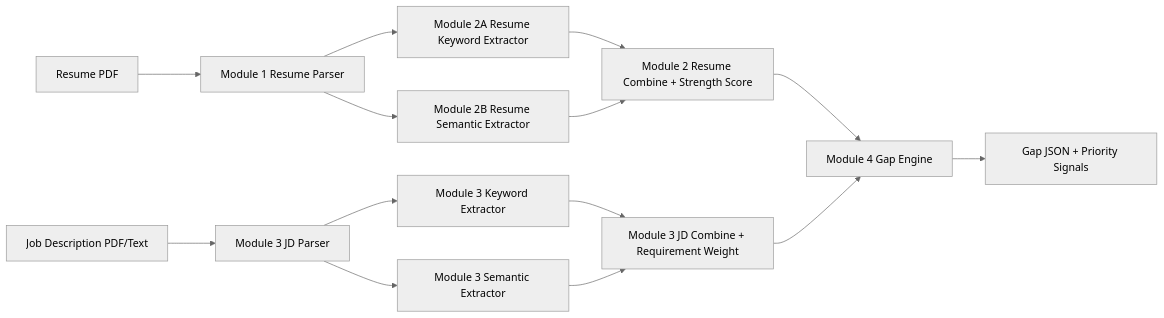
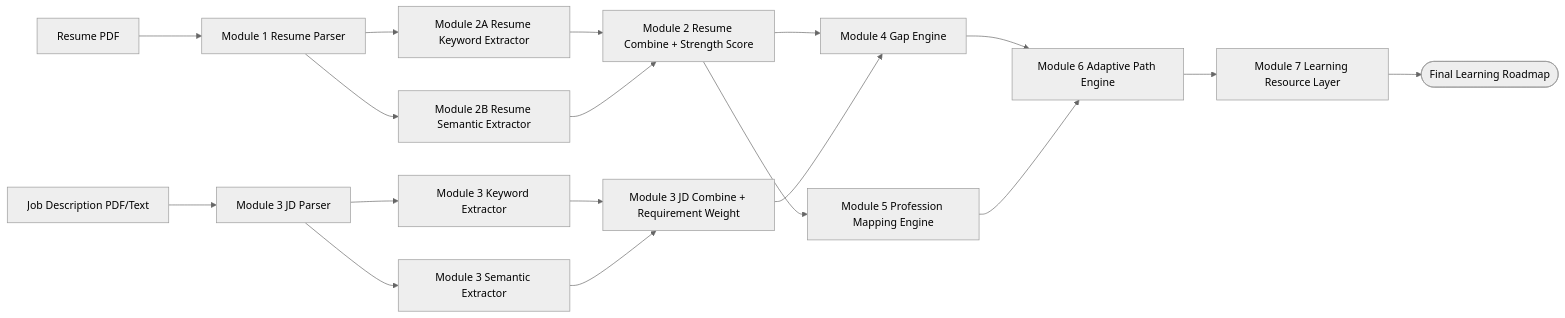
Before and after one commit to shindahito-27/ArtPark_hacks: the second of 2 diagrams in README.md, drawn with Mermaid (neutral theme). The commit also changed other lines of this file and 7 other files, not shown here.

````diff
--- a/README.md
+++ b/README.md
@@ -33,19 +69,29 @@
 ```mermaid
 flowchart LR
-		A[Resume PDF] --> B[Module 1 Resume Parser]
-		J[Job Description PDF/Text] --> K[Module 3 JD Parser]
+    %% Inputs
+    A[Resume PDF] --> B[Module 1 Resume Parser]
+    J[Job Description PDF/Text] --> K[Module 3 JD Parser]
 
-		B --> C[Module 2A Resume Keyword Extractor]
-		B --> D[Module 2B Resume Semantic Extractor]
-		C --> E[Module 2 Resume Combine + Strength Score]
-		D --> E
+    %% Resume Branch
+    B --> C[Module 2A Resume Keyword Extractor]
+    B --> D[Module 2B Resume Semantic Extractor]
+    C --> E[Module 2 Resume Combine + Strength Score]
+    D --> E
 
-		K --> L[Module 3 Keyword Extractor]
-		K --> M[Module 3 Semantic Extractor]
-		L --> N[Module 3 JD Combine + Requirement Weight]
-		M --> N
+    %% JD Branch
+    K --> L[Module 3 Keyword Extractor]
+    K --> M[Module 3 Semantic Extractor]
+    L --> N[Module 3 JD Combine + Requirement Weight]
+    M --> N
 
-		E --> O[Module 4 Gap Engine]
-		N --> O
-		O --> P[Gap JSON + Priority Signals]
+    %% Core Processing & Mapping
+    E --> O[Module 4 Gap Engine]
+    N --> O
+    E --> P[Module 5 Profession Mapping Engine]
+
+    %% Learning Path & Resources
+    O --> Q[Module 6 Adaptive Path Engine]
+    P --> Q
+    Q --> R[Module 7 Learning Resource Layer]
+    R --> S([Final Learning Roadmap])
 ```
````
